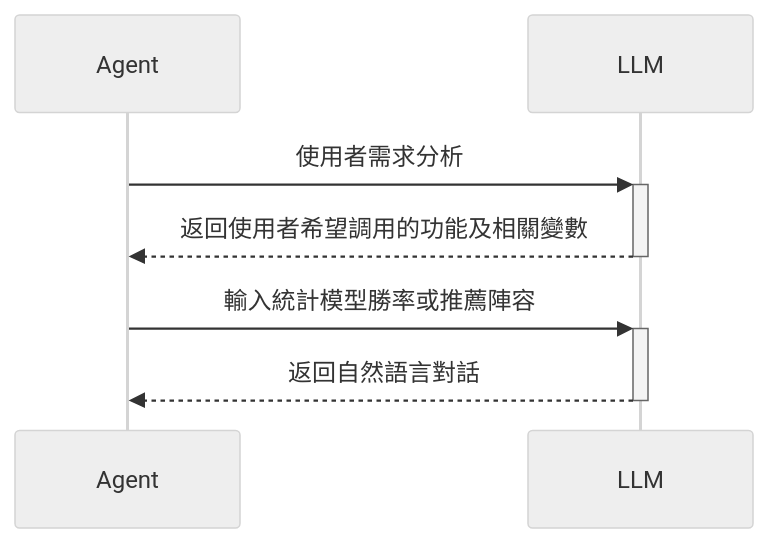
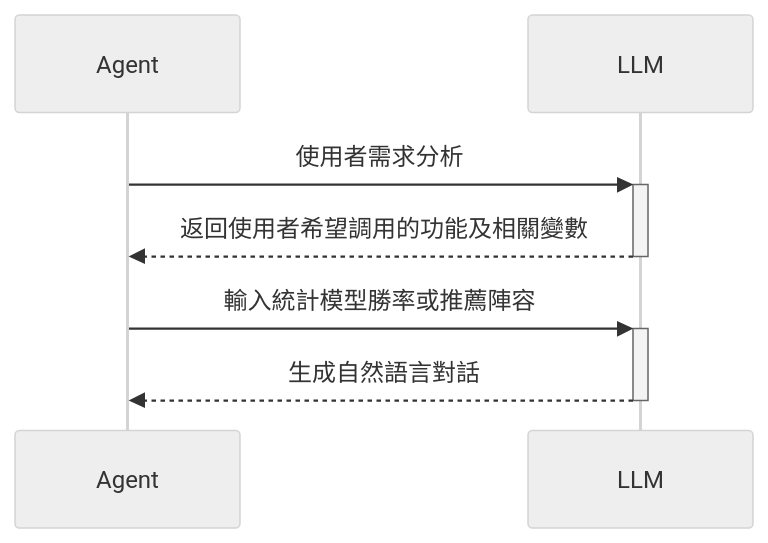
One commit to linknick/GameLLM changed the second of 2 diagrams in README.md. Above: the diagram before and after it, drawn with Mermaid (neutral theme).

````diff
--- a/README.md
+++ b/README.md
@@ -42,7 +42,7 @@
 ```mermaid
 sequenceDiagram
     Agent->>+LLM: 使用者需求分析
     LLM-->>-Agent: 返回使用者希望調用的功能及相關變數
     Agent->>+LLM: 輸入統計模型勝率或推薦陣容
-    LLM-->>-Agent: 返回自然語言對話
+    LLM-->>-Agent: 生成自然語言對話
 ```
````
